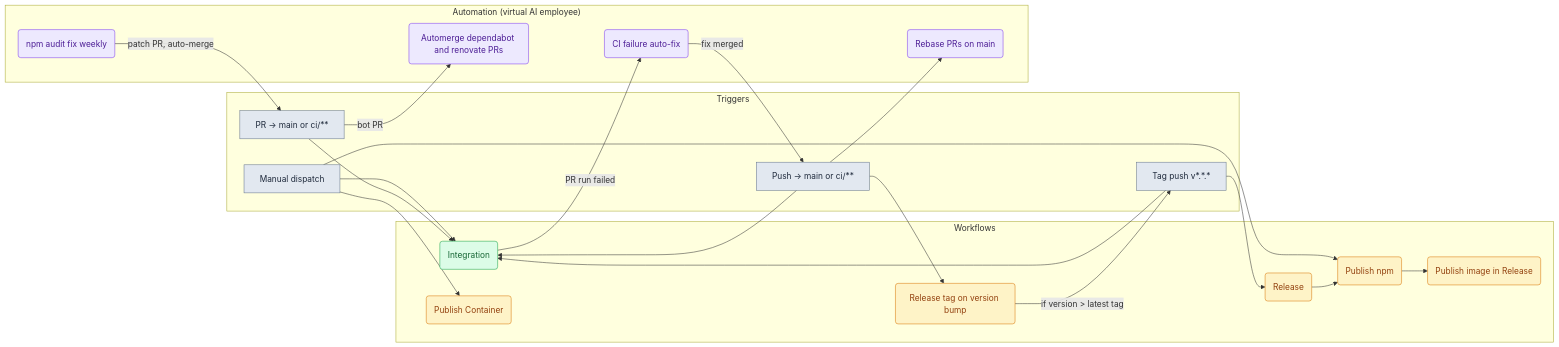
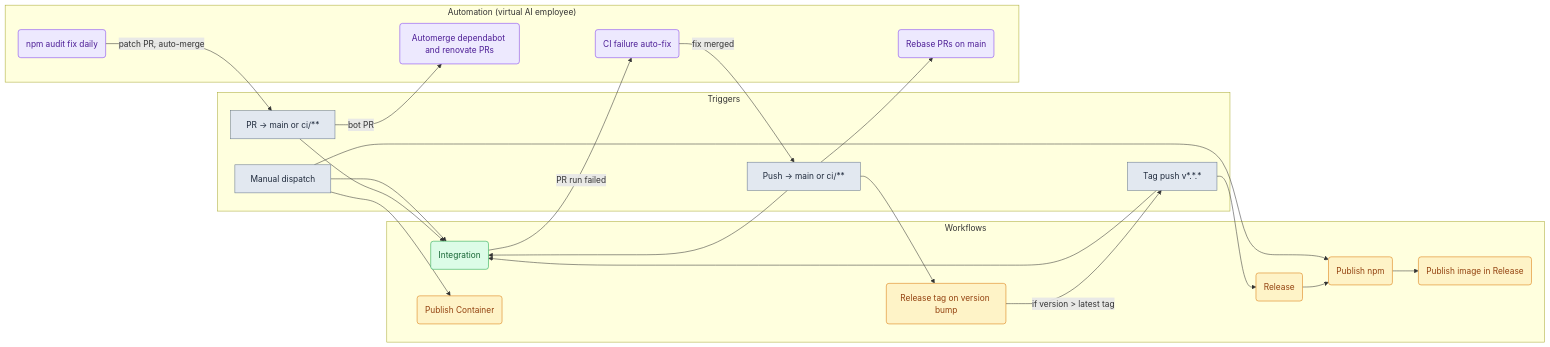
One commit to jakub-plichcinski/kairos-mcp changed the first of 3 diagrams in .github/workflows/README.md. Above: the diagram before and after it, drawn with Mermaid. The commit also changed other lines of this file and 1 other file, not shown here.

Commit message:
fix(ci): run npm audit fix daily with conditional skill-compliant patch release

````diff
--- a/.github/workflows/README.md
+++ b/.github/workflows/README.md
@@ -7,51 +7,51 @@
 ```mermaid
 flowchart LR
   subgraph triggers["Triggers"]
     PR[PR → main or ci/**]
     PUSH[Push → main or ci/**]
     TAG[Tag push v*.*.*]
     MANUAL[Manual dispatch]
   end
 
   subgraph workflows["Workflows"]
     INT(Integration)
     RTAG(Release tag on version bump)
     REL(Release)
     PNPM(Publish npm)
     PIMG(Publish image in Release)
     PCONT(Publish Container)
   end
 
   subgraph automation["Automation (virtual AI employee)"]
     AFX(CI failure auto-fix)
     ADM(Automerge dependabot and renovate PRs)
-    AUD(npm audit fix weekly)
+    AUD(npm audit fix daily)
     RBP(Rebase PRs on main)
   end
 
   PR --> INT
   PUSH --> INT
   PUSH --> RTAG
   PUSH --> RBP
   TAG --> INT
   TAG --> REL
   RTAG -->|"if version > latest tag"| TAG
   REL --> PNPM
   PNPM --> PIMG
   MANUAL --> INT
   MANUAL --> PNPM
   MANUAL --> PCONT
   INT -->|"PR run failed"| AFX
   PR -->|"bot PR"| ADM
   AUD -->|"patch PR, auto-merge"| PR
   AFX -->|"fix merged"| PUSH
 
   classDef trigger fill:#e2e8f0,stroke:#64748b,color:#1e293b
   classDef integration fill:#dcfce7,stroke:#16a34a,color:#166534
   classDef release fill:#fef3c7,stroke:#d97706,color:#92400e
   classDef automation fill:#ede9fe,stroke:#7c3aed,color:#4c1d95
   class PR,PUSH,TAG,MANUAL trigger
   class INT integration
   class RTAG,REL,PNPM,PIMG,PCONT release
   class AFX,ADM,AUD,RBP automation
 ```
````
